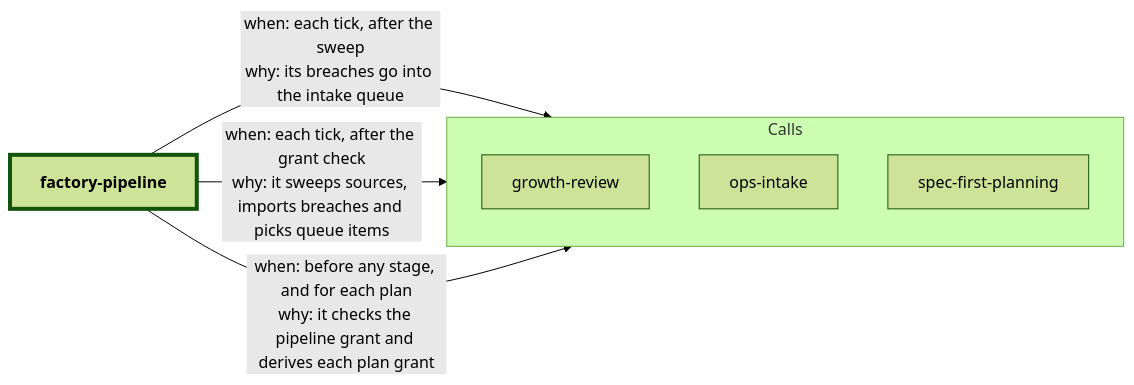
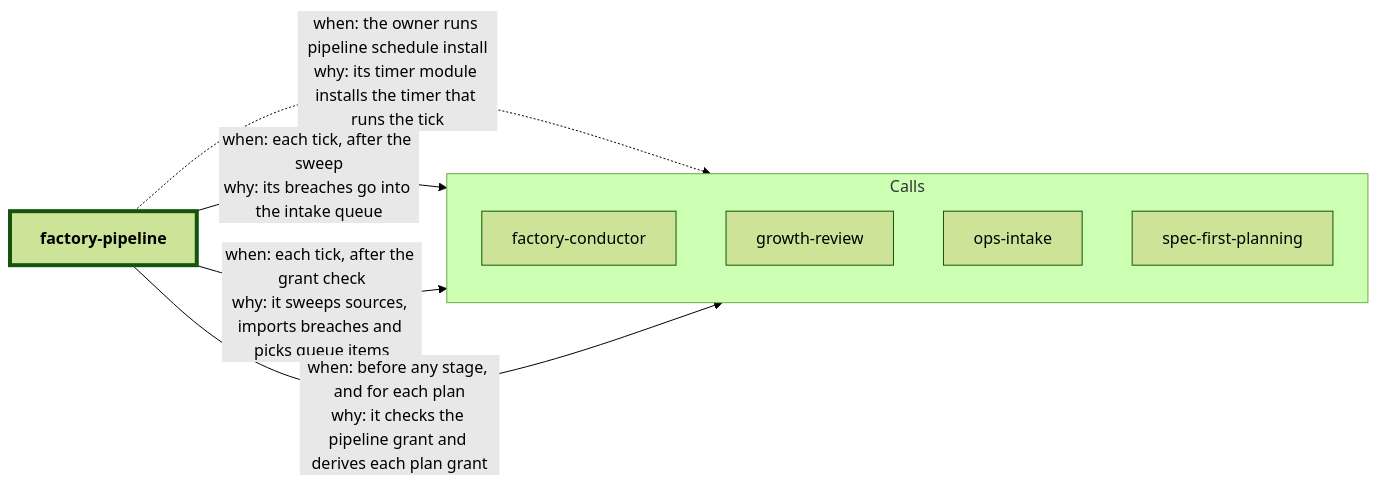
The diagram in factory-pipeline/README.md (dhanesh/agent-skills), drawn with Mermaid (forest theme) before and after one commit. The commit also changed other lines of this file and 12 other files, not shown here.

First line of the commit message:
feat(factory-pipeline): pipeline schedule installs the tick's timer (R16)

````diff
--- a/factory-pipeline/README.md
+++ b/factory-pipeline/README.md
@@ -54,15 +59,17 @@
 ```mermaid
 flowchart LR
   self_factory_pipeline["factory-pipeline"]
   subgraph callees["Calls"]
     direction TB
+    out_factory_conductor["factory-conductor"]
     out_growth_review["growth-review"]
     out_ops_intake["ops-intake"]
     out_spec_first_planning["spec-first-planning"]
   end
+  self_factory_pipeline -.->|"when: the owner runs pipeline schedule install<br/>why: its timer module installs the timer that runs the tick"| out_factory_conductor
   self_factory_pipeline -->|"when: each tick, after the sweep<br/>why: its breaches go into the intake queue"| out_growth_review
   self_factory_pipeline -->|"when: each tick, after the grant check<br/>why: it sweeps sources, imports breaches and picks queue items"| out_ops_intake
   self_factory_pipeline -->|"when: before any stage, and for each plan<br/>why: it checks the pipeline grant and derives each plan grant"| out_spec_first_planning
   classDef self stroke-width:4px,font-weight:bold
   class self_factory_pipeline self
 ```
````
